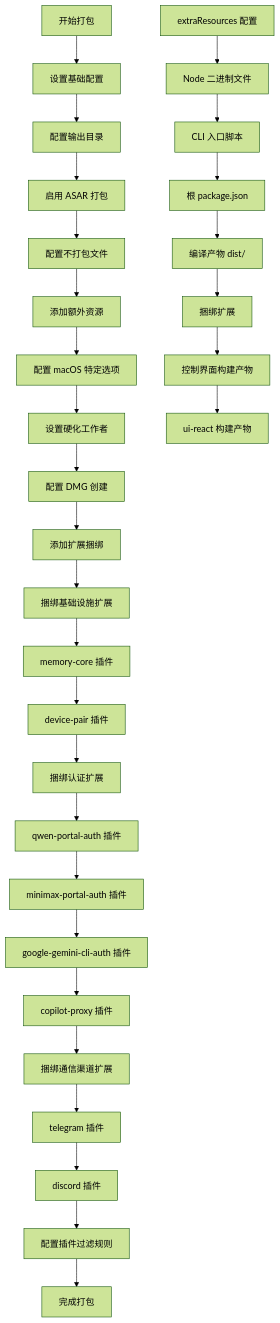
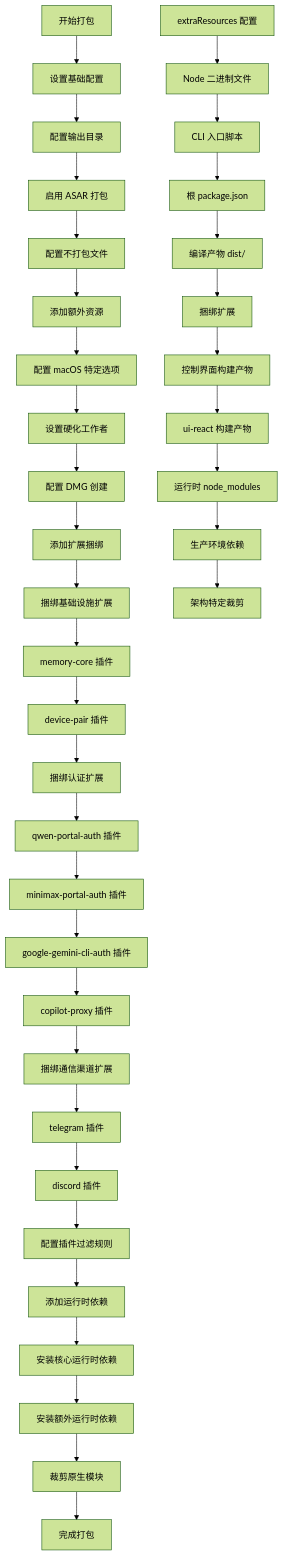
Before and after one commit to verse-ai-org/openclaw: the fifth of 12 diagrams in .qoder/repowiki/zh/content/Electron Packaging Configuration.md, drawn with Mermaid (forest theme). The commit also changed other lines of this file and 27 other files, not shown here.

````diff
--- a/.qoder/repowiki/zh/content/Electron Packaging Configuration.md
+++ b/.qoder/repowiki/zh/content/Electron Packaging Configuration.md
@@ -252,32 +284,39 @@
 ```mermaid
 flowchart TD
 A[开始打包] --> B[设置基础配置]
 B --> C[配置输出目录]
 C --> D[启用 ASAR 打包]
 D --> E[配置不打包文件]
 E --> F[添加额外资源]
 F --> G[配置 macOS 特定选项]
 G --> H[设置硬化工作者]
 H --> I[配置 DMG 创建]
 I --> J[添加扩展捆绑]
 J --> K[捆绑基础设施扩展]
 K --> L[memory-core 插件]
 L --> M[device-pair 插件]
 M --> N[捆绑认证扩展]
 N --> O[qwen-portal-auth 插件]
 O --> P[minimax-portal-auth 插件]
 P --> Q[google-gemini-cli-auth 插件]
 Q --> R[copilot-proxy 插件]
 R --> S[捆绑通信渠道扩展]
 S --> T[telegram 插件]
 T --> U[discord 插件]
 U --> V[配置插件过滤规则]
-V --> W[完成打包]
-X[extraResources 配置] --> Y[Node 二进制文件]
-Y --> Z[CLI 入口脚本]
-Z --> AA[根 package.json]
-AA --> BB[编译产物 dist/]
-BB --> CC[捆绑扩展]
-CC --> DD[控制界面构建产物]
-DD --> EE[ui-react 构建产物]
+V --> W[添加运行时依赖]
+W --> X[安装核心运行时依赖]
+X --> Y[安装额外运行时依赖]
+Y --> Z[裁剪原生模块]
+Z --> AA[完成打包]
+BB[extraResources 配置] --> CC[Node 二进制文件]
+CC --> DD[CLI 入口脚本]
+DD --> EE[根 package.json]
+EE --> FF[编译产物 dist/]
+FF --> GG[捆绑扩展]
+GG --> HH[控制界面构建产物]
+HH --> II[ui-react 构建产物]
+II --> JJ[运行时 node_modules]
+JJ --> KK[生产环境依赖]
+KK --> LL[架构特定裁剪]
 ```
````
